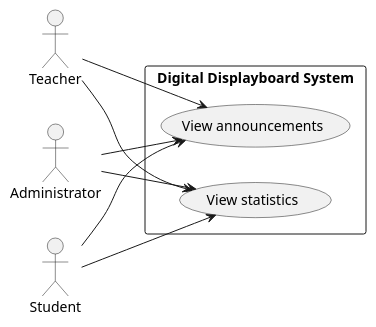
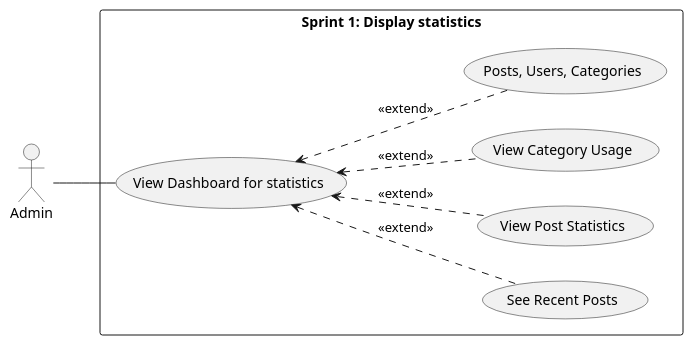
One commit to AbderrafieElmrabet/red-thread-project changed the diagram in planning/use case diagram/use-case-diagram-sprint1.puml. Above: the diagram before and after it, drawn with PlantUML. The commit also changed other lines of this file and 6 other files, not shown here.

```diff
--- a/planning/use case diagram/use-case-diagram-sprint1.puml
+++ b/planning/use case diagram/use-case-diagram-sprint1.puml
@@ -2,18 +1,12 @@
 @startuml
 left to right direction
+actor Admin
 
-actor Administrator
-actor Student
-actor Teacher
-
-rectangle "Digital Displayboard System" {
-    Administrator --> (View announcements)
-    Administrator --> (View statistics)
-
-    Student --> (View announcements)
-    Student --> (View statistics)
-
-    Teacher --> (View announcements)
-    Teacher --> (View statistics)
+rectangle "Sprint 1: Display statistics"{
+    Admin -- (View Dashboard for statistics)
+    (View Dashboard for statistics) <.. (See Recent Posts) : <<extend>>
+    (View Dashboard for statistics) <.. (View Post Statistics) : <<extend>>
+    (View Dashboard for statistics) <.. (View Category Usage) : <<extend>>
+    (View Dashboard for statistics) <.. (Posts, Users, Categories) : <<extend>>
 }
 @enduml
```
